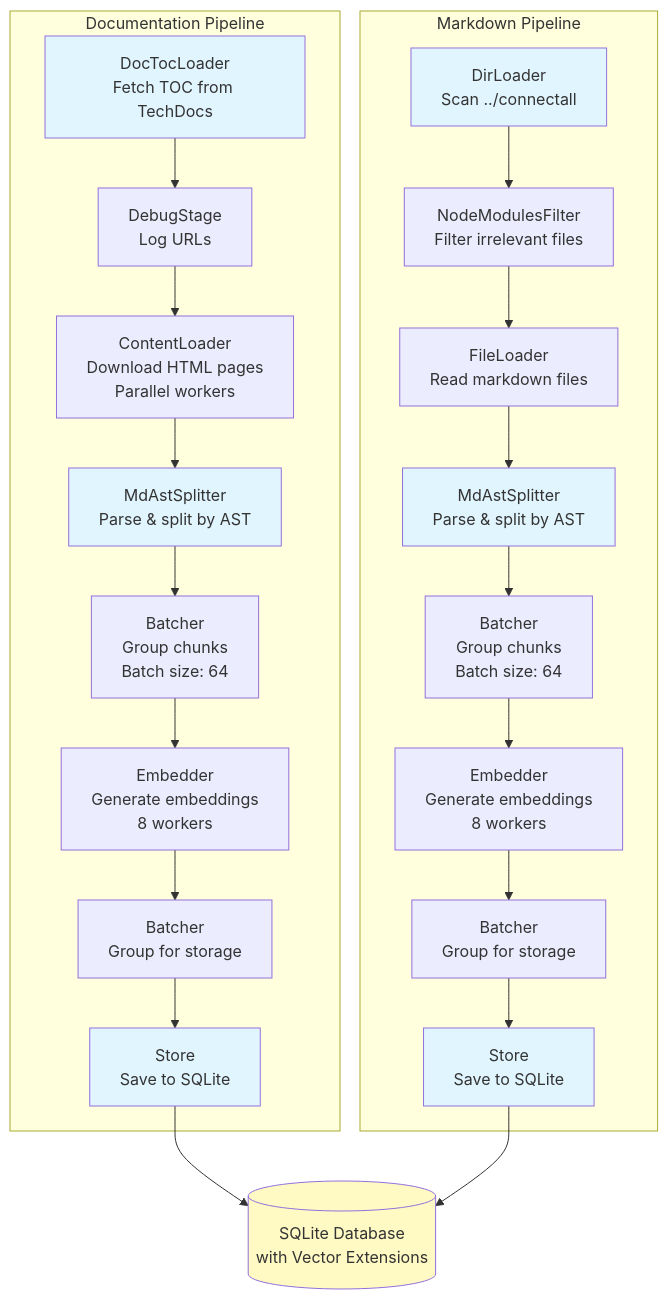
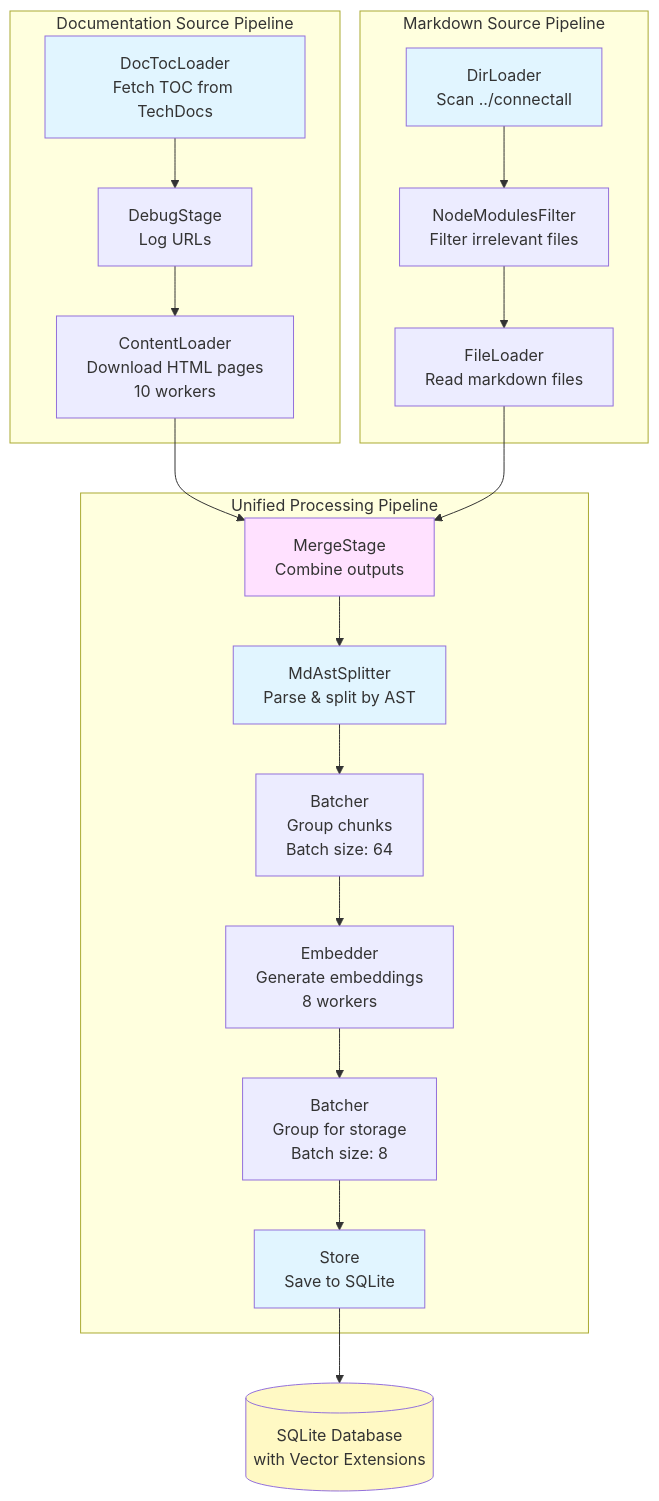
The diagram in README.md (niedch/vectree), drawn with Mermaid before and after one commit. The commit also changed other lines of this file, not shown here.

Commit message:
feat(update): Readme update

````diff
--- a/README.md
+++ b/README.md
@@ -33,33 +42,32 @@
 ```mermaid
 graph TD
-    subgraph "Documentation Pipeline"
+    subgraph "Documentation Source Pipeline"
         A1[DocTocLoader<br/>Fetch TOC from TechDocs] --> A2[DebugStage<br/>Log URLs]
-        A2 --> A3[ContentLoader<br/>Download HTML pages<br/>Parallel workers]
-        A3 --> A4[MdAstSplitter<br/>Parse & split by AST]
-        A4 --> A5[Batcher<br/>Group chunks<br/>Batch size: 64]
-        A5 --> A6[Embedder<br/>Generate embeddings<br/>8 workers]
-        A6 --> A7[Batcher<br/>Group for storage]
-        A7 --> A8[Store<br/>Save to SQLite]
+        A2 --> A3[ContentLoader<br/>Download HTML pages<br/>10 workers]
     end
 
-    subgraph "Markdown Pipeline"
+    subgraph "Markdown Source Pipeline"
         B1[DirLoader<br/>Scan ../connectall] --> B2[NodeModulesFilter<br/>Filter irrelevant files]
         B2 --> B3[FileLoader<br/>Read markdown files]
-        B3 --> B4[MdAstSplitter<br/>Parse & split by AST]
-        B4 --> B5[Batcher<br/>Group chunks<br/>Batch size: 64]
-        B5 --> B6[Embedder<br/>Generate embeddings<br/>8 workers]
-        B6 --> B7[Batcher<br/>Group for storage]
-        B7 --> B8[Store<br/>Save to SQLite]
     end
 
-    A8 --> DB[(SQLite Database<br/>with Vector Extensions)]
-    B8 --> DB
+    A3 --> M[MergeStage<br/>Combine outputs]
+    B3 --> M
+
+    subgraph "Unified Processing Pipeline"
+        M --> C1[MdAstSplitter<br/>Parse & split by AST]
+        C1 --> C2[Batcher<br/>Group chunks<br/>Batch size: 64]
+        C2 --> C3[Embedder<br/>Generate embeddings<br/>8 workers]
+        C3 --> C4[Batcher<br/>Group for storage<br/>Batch size: 8]
+        C4 --> C5[Store<br/>Save to SQLite]
+    end
+
+    C5 --> DB[(SQLite Database<br/>with Vector Extensions)]
 
     style A1 fill:#e1f5ff
     style B1 fill:#e1f5ff
-    style A4 fill:#e1f5ff
-    style B4 fill:#e1f5ff
-    style A8 fill:#e1f5ff
-    style B8 fill:#e1f5ff
+    style M fill:#ffe1ff
+    style C1 fill:#e1f5ff
+    style C5 fill:#e1f5ff
     style DB fill:#fff9c4
 ```
````
